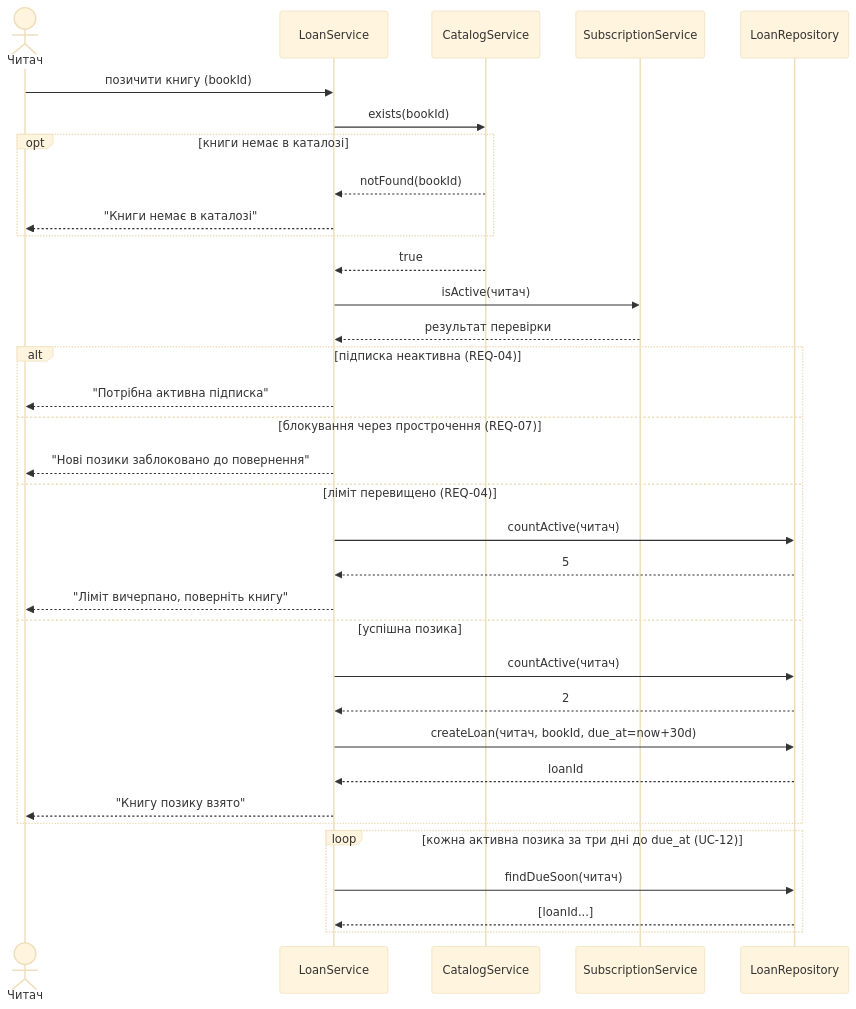
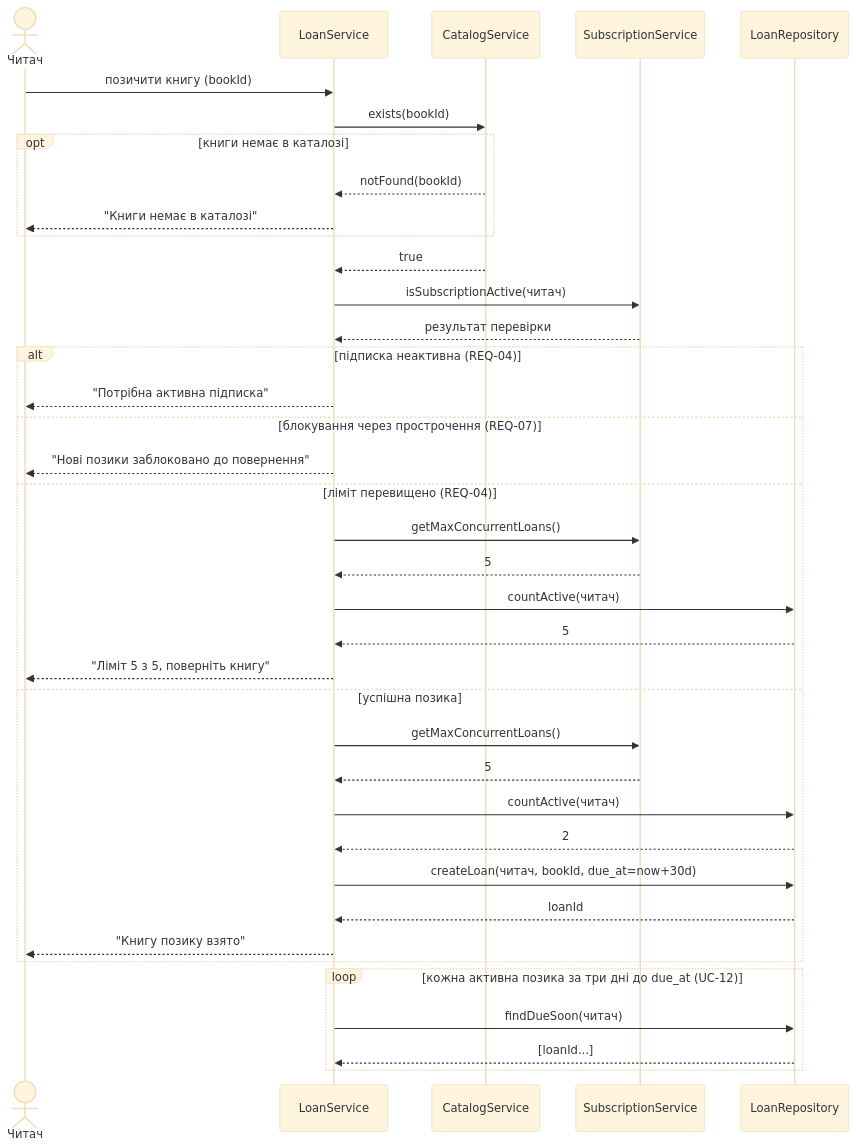
One commit to sanyalovemoney/KPI_labs changed the diagram in Labs/lab3-sequence/model/borrow-book.mmd. Above: the diagram before and after it, drawn with Mermaid (base theme). The commit also changed 1 other file, not shown here.

Commit message:
lab3: fix - read max_concurrent_loans from Plan

```diff
--- a/Labs/lab3-sequence/model/borrow-book.mmd
+++ b/Labs/lab3-sequence/model/borrow-book.mmd
@@ -1,35 +1,39 @@
 sequenceDiagram
     actor Читач
     participant LoanService
     participant CatalogService
     participant SubscriptionService
     participant LoanRepository
 
     Читач->>LoanService: позичити книгу (bookId)
     LoanService->>CatalogService: exists(bookId)
     opt книги немає в каталозі
         CatalogService-->>LoanService: notFound(bookId)
         LoanService-->>Читач: "Книги немає в каталозі"
     end
     CatalogService-->>LoanService: true
-    LoanService->>SubscriptionService: isActive(читач)
+    LoanService->>SubscriptionService: isSubscriptionActive(читач)
     SubscriptionService-->>LoanService: результат перевірки
     alt підписка неактивна (REQ-04)
         LoanService-->>Читач: "Потрібна активна підписка"
     else блокування через прострочення (REQ-07)
         LoanService-->>Читач: "Нові позики заблоковано до повернення"
     else ліміт перевищено (REQ-04)
+        LoanService->>SubscriptionService: getMaxConcurrentLoans()
+        SubscriptionService-->>LoanService: 5
         LoanService->>LoanRepository: countActive(читач)
         LoanRepository-->>LoanService: 5
-        LoanService-->>Читач: "Ліміт вичерпано, поверніть книгу"
+        LoanService-->>Читач: "Ліміт 5 з 5, поверніть книгу"
     else успішна позика
+        LoanService->>SubscriptionService: getMaxConcurrentLoans()
+        SubscriptionService-->>LoanService: 5
         LoanService->>LoanRepository: countActive(читач)
         LoanRepository-->>LoanService: 2
         LoanService->>LoanRepository: createLoan(читач, bookId, due_at=now+30d)
         LoanRepository-->>LoanService: loanId
         LoanService-->>Читач: "Книгу позику взято"
     end
     loop кожна активна позика за три дні до due_at (UC-12)
         LoanService->>LoanRepository: findDueSoon(читач)
         LoanRepository-->>LoanService: [loanId...]
     end
```
